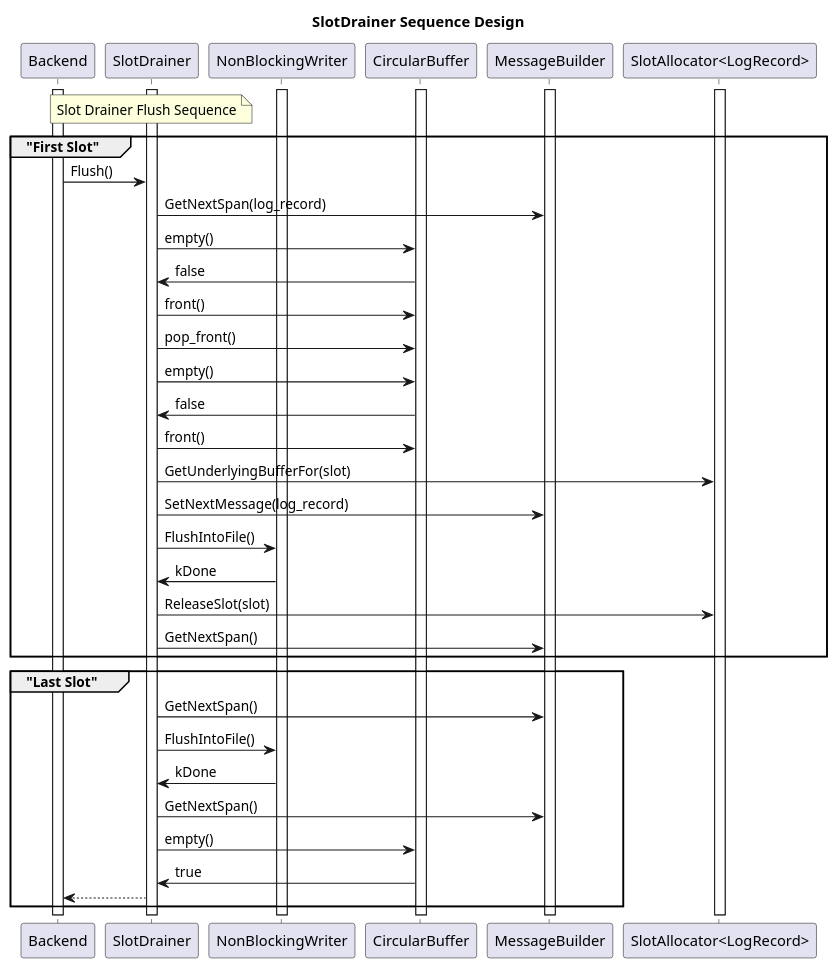
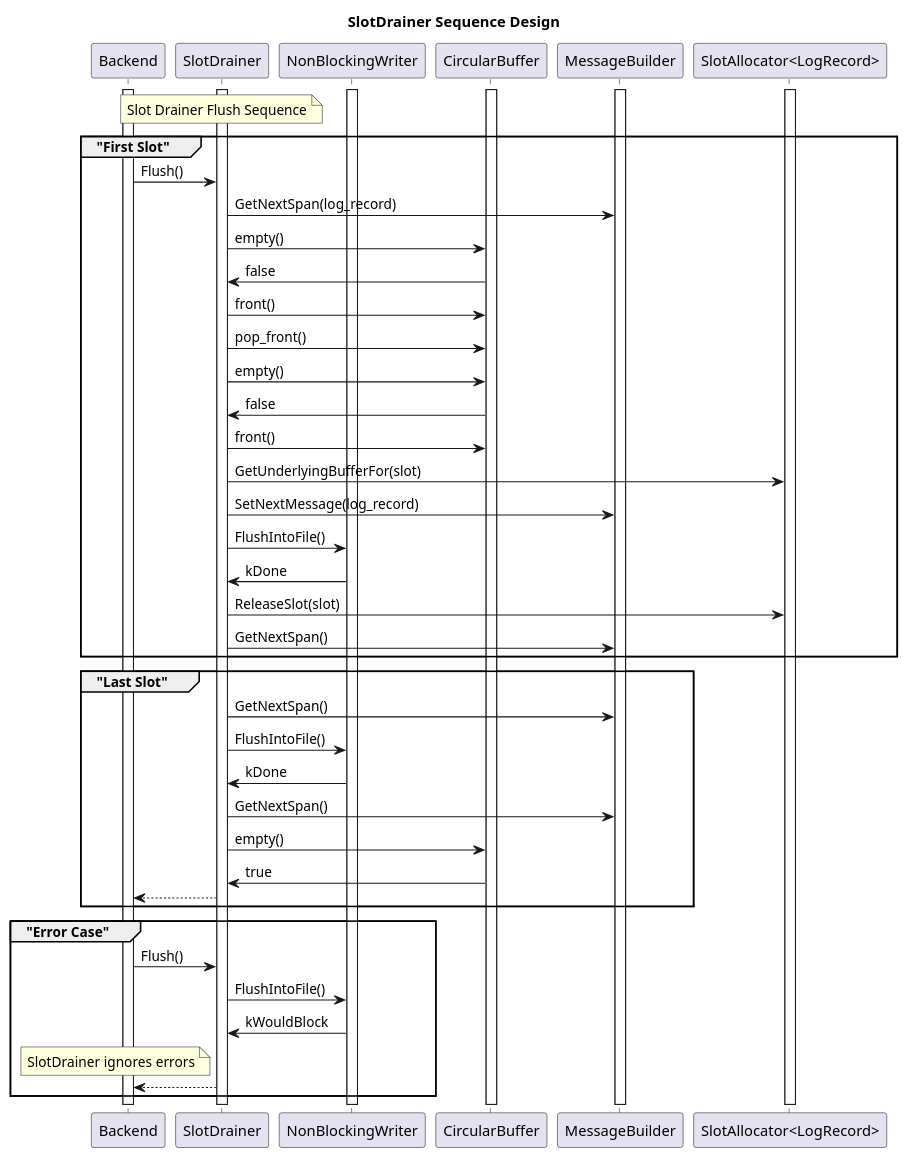
One commit to etas-contrib/score_baselibs changed the diagram in score/mw/log/design/slot_drainer_sequence_design.puml. Above: the diagram before and after it, drawn with PlantUML.

Commit message:
Adding error case for slotdrainer

```diff
--- a/score/mw/log/design/slot_drainer_sequence_design.puml
+++ b/score/mw/log/design/slot_drainer_sequence_design.puml
@@ -1,63 +1,71 @@
 @startuml slot_drainer_sequence_design
 title "SlotDrainer Sequence Design"
 
 participant "Backend" as Backend
 participant "SlotDrainer" as SlotDrainer
 participant "NonBlockingWriter" as NonBlockingWriter
 participant "CircularBuffer" as CircularBuffer
 participant "MessageBuilder" as MessageBuilder
 participant "SlotAllocator<LogRecord>" as SlotAllocator
 
 note over SlotDrainer : Slot Drainer Flush Sequence
 
 activate SlotDrainer
 activate Backend
 activate NonBlockingWriter
 activate CircularBuffer
 activate SlotAllocator
 activate MessageBuilder
 
 group "First Slot"
 Backend -> SlotDrainer : Flush()
 
 SlotDrainer -> MessageBuilder : GetNextSpan(log_record)
 
 SlotDrainer -> CircularBuffer : empty()
 CircularBuffer -> SlotDrainer: false
 
 SlotDrainer -> CircularBuffer : front()
 SlotDrainer -> CircularBuffer : pop_front()
 
 SlotDrainer -> CircularBuffer : empty()
 CircularBuffer -> SlotDrainer: false
 SlotDrainer -> CircularBuffer : front()
 
 SlotDrainer -> SlotAllocator : GetUnderlyingBufferFor(slot)
 SlotDrainer -> MessageBuilder : SetNextMessage(log_record)
 
 SlotDrainer -> NonBlockingWriter : FlushIntoFile()
 NonBlockingWriter -> SlotDrainer: kDone
 SlotDrainer -> SlotAllocator: ReleaseSlot(slot) 
 
 
 SlotDrainer -> MessageBuilder : GetNextSpan()
 end
 
 group "Last Slot"
 
 SlotDrainer -> MessageBuilder : GetNextSpan()
 
 SlotDrainer -> NonBlockingWriter : FlushIntoFile()
 NonBlockingWriter -> SlotDrainer: kDone
 
 SlotDrainer -> MessageBuilder : GetNextSpan()
 
 SlotDrainer -> CircularBuffer : empty()
 CircularBuffer -> SlotDrainer: true
 
 Backend <-- SlotDrainer
+end
 
+group "Error Case"
+
+Backend -> SlotDrainer : Flush()
+SlotDrainer -> NonBlockingWriter : FlushIntoFile()
+NonBlockingWriter -> SlotDrainer: kWouldBlock
+note left of SlotDrainer : SlotDrainer ignores errors
+Backend <--- SlotDrainer
 
 end
 
 @enduml
```
